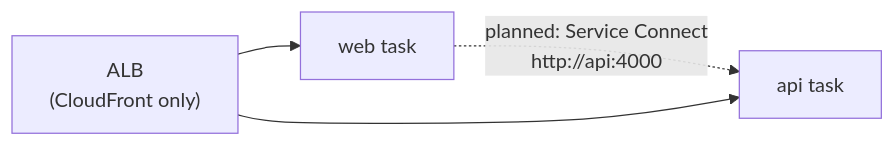
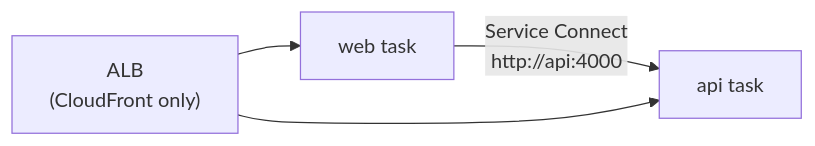
One commit to maheshnd/minitickets changed the sixth of 22 diagrams in docs/handbook/infra-story.md. Above: the diagram before and after it, drawn with Mermaid. The commit also changed other lines of this file and 182 other files, not shown here.

````diff
--- a/docs/handbook/infra-story.md
+++ b/docs/handbook/infra-story.md
@@ -348,6 +347,6 @@
 ```mermaid
 flowchart LR
-    web["web task"] -.->|"planned: Service Connect<br/>http://api:4000"| api["api task"]
+    web["web task"] -->|"Service Connect<br/>http://api:4000"| api["api task"]
     alb["ALB<br/>(CloudFront only)"] --> web
     alb --> api
 ```
````
